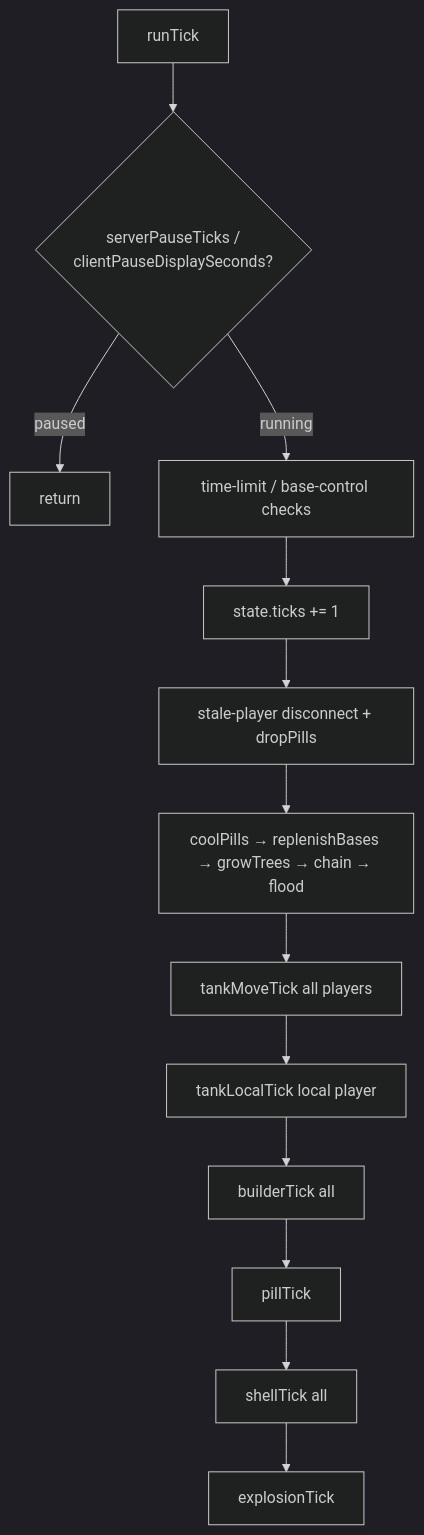
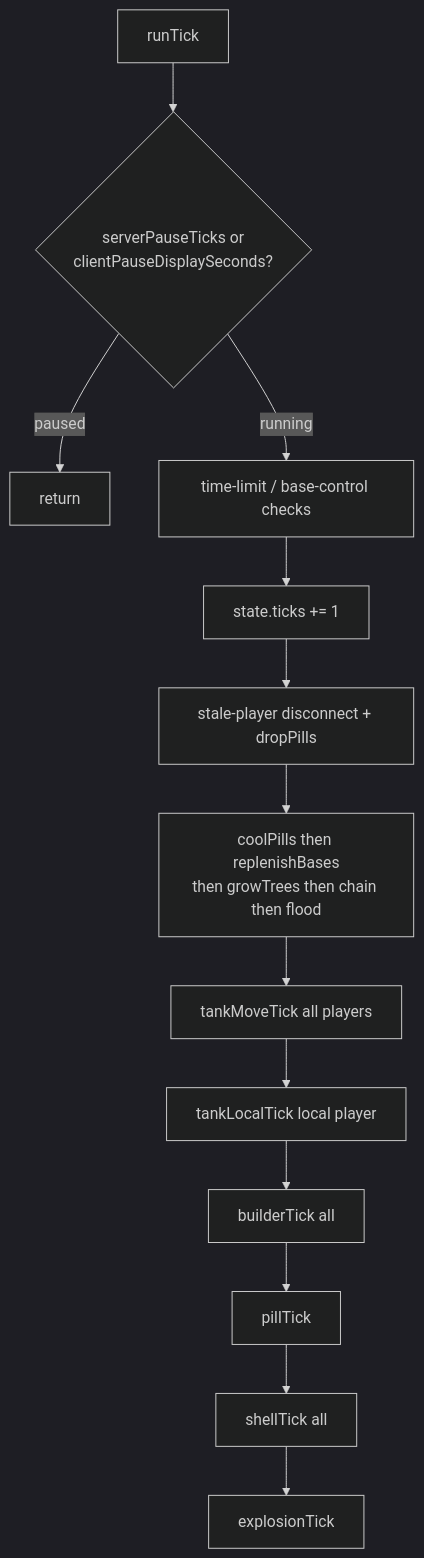
The sixth of 8 diagrams in docs/WIRING.md (CosmicCEO/BoloKit), drawn with Mermaid (dark theme) before and after one commit. The commit also changed other lines of this file, not shown here.

Commit message:
docs: fix Join path mermaid in WIRING.md (GitHub-safe syntax)

````diff
--- a/docs/WIRING.md
+++ b/docs/WIRING.md
@@ -165,15 +187,15 @@
 ```mermaid
 flowchart TB
-  START["runTick"] --> PAUSE{"serverPauseTicks /<br/>clientPauseDisplaySeconds?"}
+  START["runTick"] --> PAUSE{"serverPauseTicks or<br/>clientPauseDisplaySeconds?"}
   PAUSE -->|paused| RET1["return"]
   PAUSE -->|running| TL["time-limit / base-control checks"]
   TL --> INC["state.ticks += 1"]
   INC --> LAG["stale-player disconnect + dropPills"]
-  LAG --> WORLD["coolPills → replenishBases → growTrees → chain → flood"]
+  LAG --> WORLD["coolPills then replenishBases<br/>then growTrees then chain then flood"]
   WORLD --> MOVE["tankMoveTick all players"]
   MOVE --> LOCAL["tankLocalTick local player"]
   LOCAL --> BLD["builderTick all"]
   BLD --> PILL["pillTick"]
   PILL --> SHELL["shellTick all"]
   SHELL --> EXP["explosionTick"]
 ```
````
